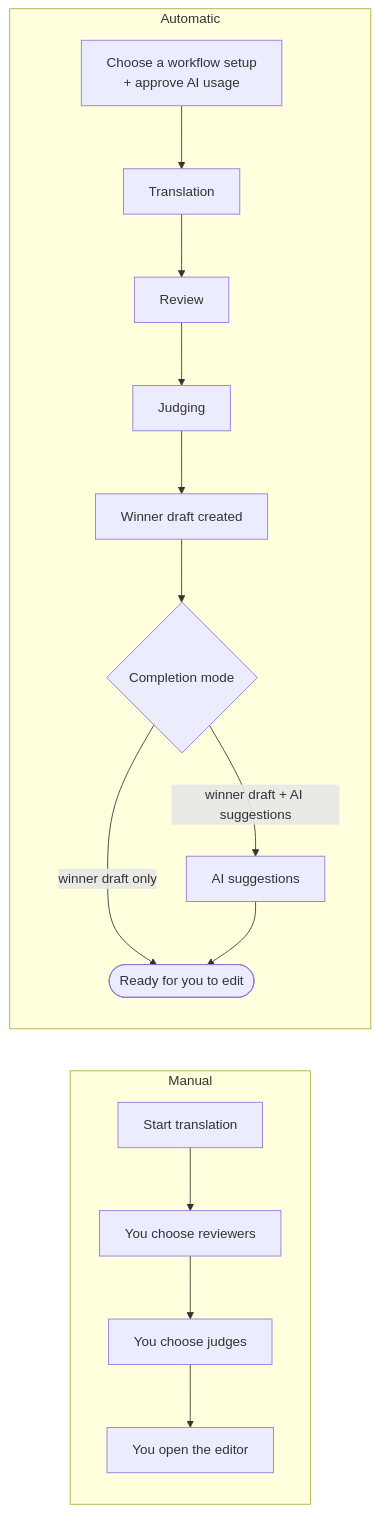
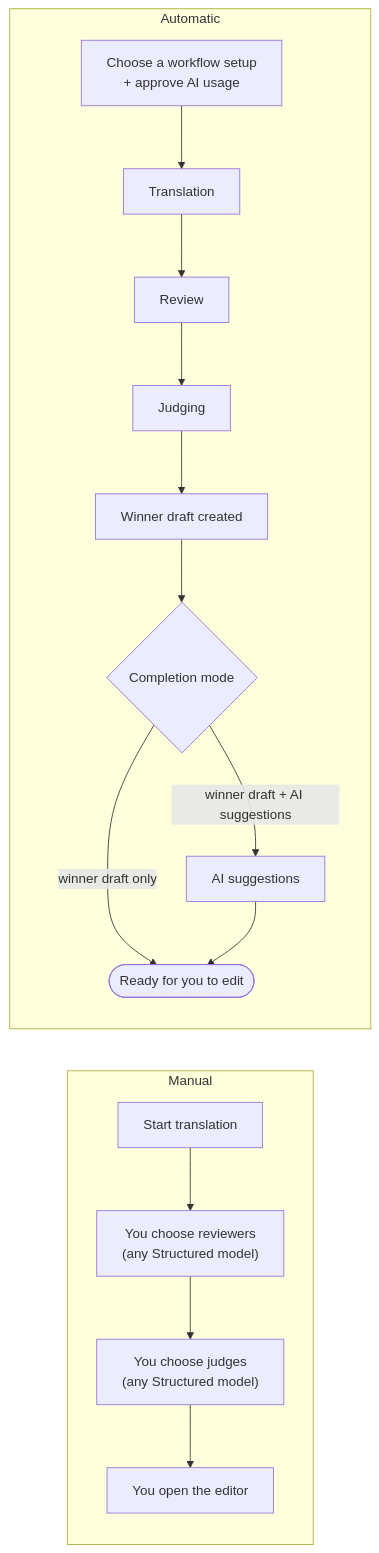
One commit to XKeviNguyen/three_heavens changed the second of 2 diagrams in docs/architecture/workflow.md. Above: the diagram before and after it, drawn with Mermaid. The commit also changed other lines of this file and 151 other files, not shown here.

````diff
--- a/docs/architecture/workflow.md
+++ b/docs/architecture/workflow.md
@@ -40,12 +50,12 @@
 ```mermaid
 flowchart LR
   subgraph Manual
-    M1[Start translation] --> M2[You choose reviewers] --> M3[You choose judges] --> M4[You open the editor]
+    M1[Start translation] --> M2["You choose reviewers<br/>(any Structured model)"] --> M3["You choose judges<br/>(any Structured model)"] --> M4[You open the editor]
   end
   subgraph Automatic
     A1["Choose a workflow setup<br/>+ approve AI usage"] --> A2[Translation] --> A3[Review] --> A4[Judging] --> A5["Winner draft created"]
     A5 --> A6{"Completion mode"}
     A6 -->|winner draft only| A7([Ready for you to edit])
     A6 -->|winner draft + AI suggestions| A8[AI suggestions] --> A7
   end
 ```
````
